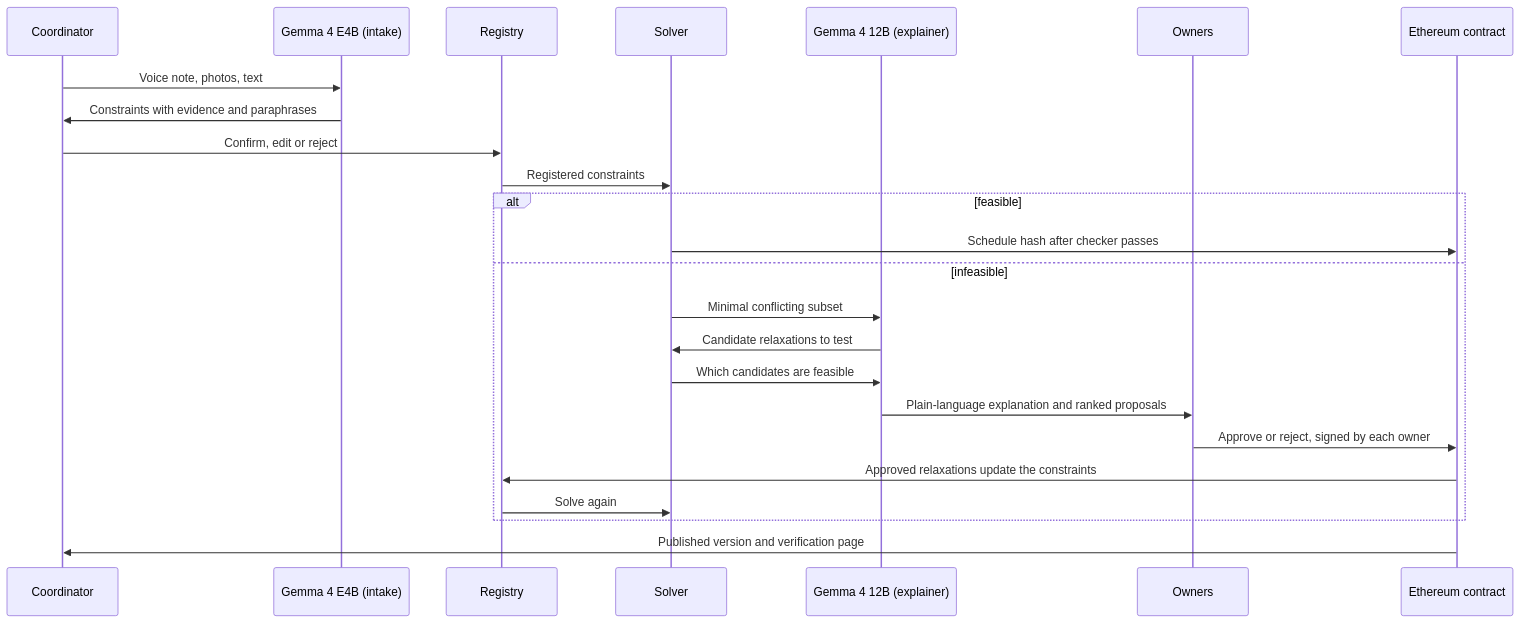
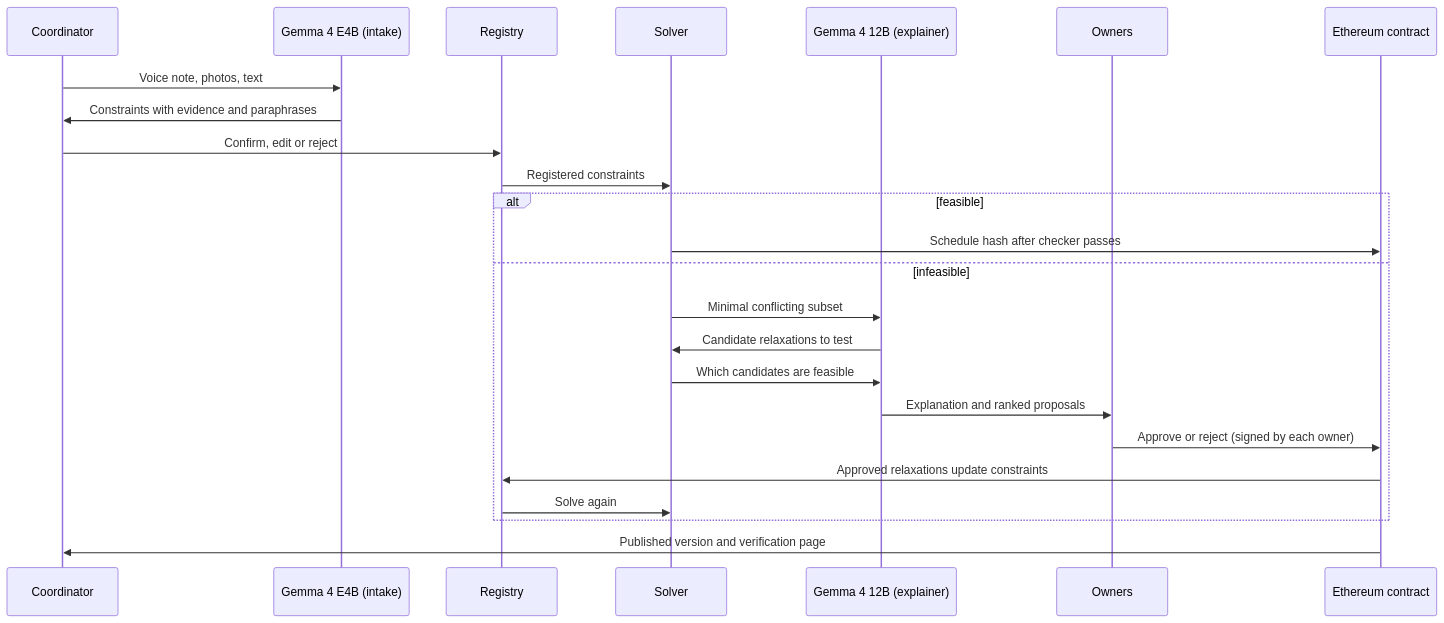
Before and after one commit to ANUJ760/PhishTank: the third of 3 diagrams in README.md, drawn with Mermaid. The commit also changed other lines of this file, not shown here.

````diff
--- a/README.md
+++ b/README.md
@@ -309,26 +285,26 @@
 ```mermaid
 sequenceDiagram
     participant C as Coordinator
     participant G as Gemma 4 E4B (intake)
     participant R as Registry
     participant S as Solver
     participant X as Gemma 4 12B (explainer)
     participant O as Owners
     participant E as Ethereum contract
     C->>G: Voice note, photos, text
     G->>C: Constraints with evidence and paraphrases
     C->>R: Confirm, edit or reject
     R->>S: Registered constraints
     alt feasible
         S->>E: Schedule hash after checker passes
     else infeasible
         S->>X: Minimal conflicting subset
         X->>S: Candidate relaxations to test
         S->>X: Which candidates are feasible
-        X->>O: Plain-language explanation and ranked proposals
-        O->>E: Approve or reject, signed by each owner
-        E->>R: Approved relaxations update the constraints
+        X->>O: Explanation and ranked proposals
+        O->>E: Approve or reject (signed by each owner)
+        E->>R: Approved relaxations update constraints
         R->>S: Solve again
     end
     E->>C: Published version and verification page
 ```
````
